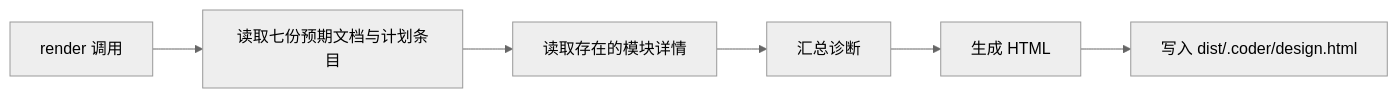
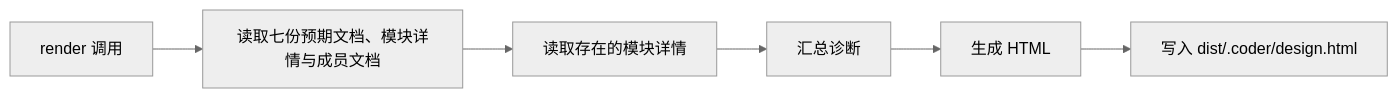
Diagram 11 of 11 in .coder/design/architecture.md (Cangjier/coder), drawn with Mermaid (neutral theme) before and after one commit. The commit also changed other lines of this file and 17 other files, not shown here.

````diff
--- a/.coder/design/architecture.md
+++ b/.coder/design/architecture.md
@@ -166,8 +181,8 @@
 ```mermaid
 flowchart LR
-  A[render 调用] --> B[读取七份预期文档与计划条目]
+  A[render 调用] --> B[读取七份预期文档、模块详情与成员文档]
   B --> C[读取存在的模块详情]
   C --> D[汇总诊断]
   D --> E[生成 HTML]
   E --> F[写入 dist/.coder/design.html]
 ```
````
